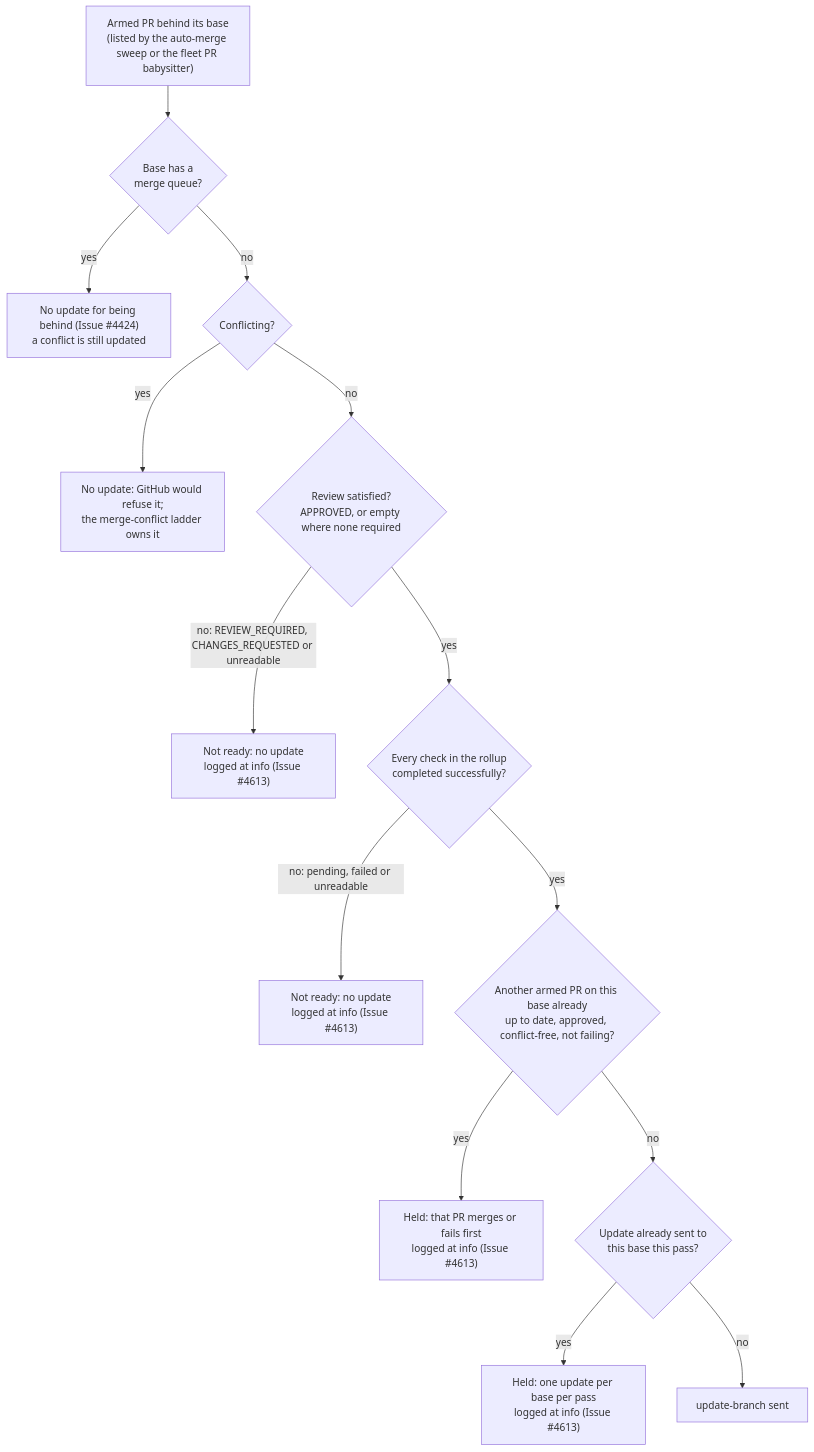
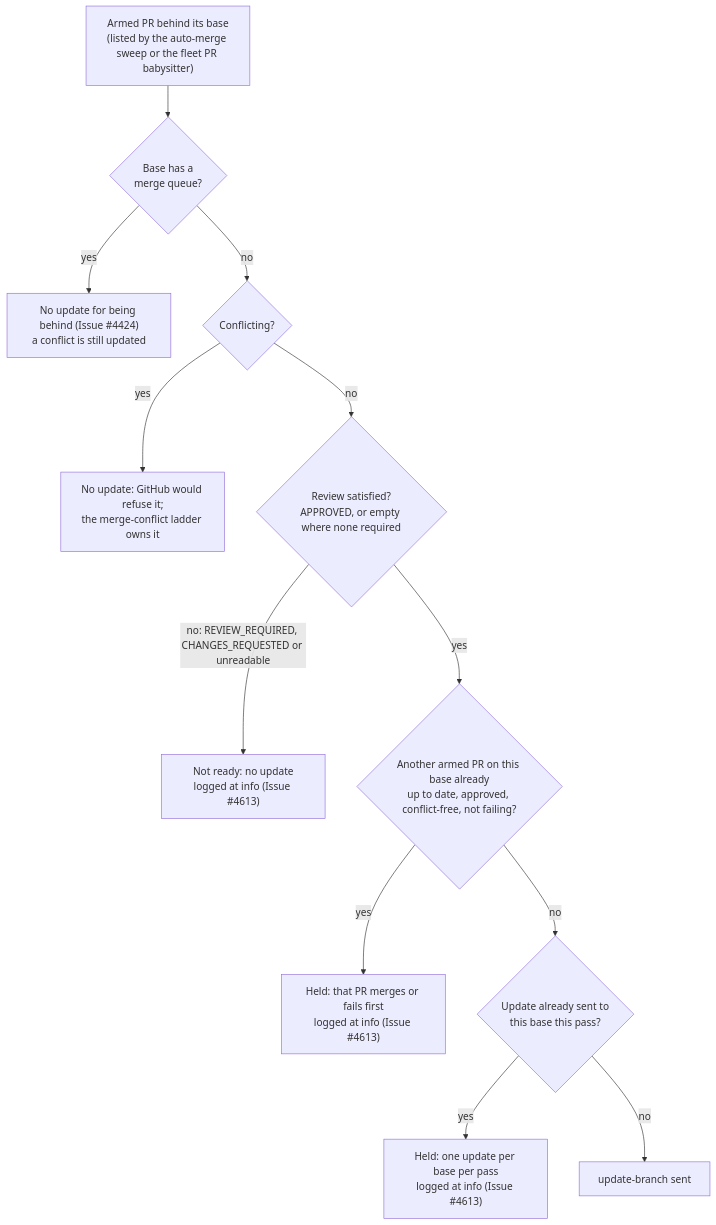
Before and after one commit to stSoftwareAU/VibeCoder: the fifth of 12 diagrams in docs/MERGE.md, drawn with Mermaid. The commit also changed other lines of this file and 6 other files, not shown here.

````diff
--- a/docs/MERGE.md
+++ b/docs/MERGE.md
@@ -438,16 +442,14 @@
 ```mermaid
 flowchart TD
     A["Armed PR behind its base<br/>(listed by the auto-merge sweep or the fleet PR babysitter)"] --> Q{Base has a<br/>merge queue?}
     Q -- yes --> QN["No update for being behind (Issue #4424)<br/>a conflict is still updated"]
     Q -- no --> C{Conflicting?}
     C -- yes --> CN["No update: GitHub would refuse it;<br/>the merge-conflict ladder owns it"]
     C -- no --> R{Review satisfied?<br/>APPROVED, or empty where none required}
     R -- "no: REVIEW_REQUIRED, CHANGES_REQUESTED or unreadable" --> RN["Not ready: no update<br/>logged at info (Issue #4613)"]
-    R -- yes --> K{Every check in the rollup<br/>completed successfully?}
-    K -- "no: pending, failed or unreadable" --> KN["Not ready: no update<br/>logged at info (Issue #4613)"]
-    K -- yes --> O{Another armed PR on this base already<br/>up to date, approved, conflict-free, not failing?}
+    R -- yes --> O{Another armed PR on this base already<br/>up to date, approved, conflict-free, not failing?}
     O -- yes --> ON["Held: that PR merges or fails first<br/>logged at info (Issue #4613)"]
     O -- no --> P{Update already sent to<br/>this base this pass?}
     P -- yes --> PN["Held: one update per base per pass<br/>logged at info (Issue #4613)"]
     P -- no --> U["update-branch sent"]
 ```
````
